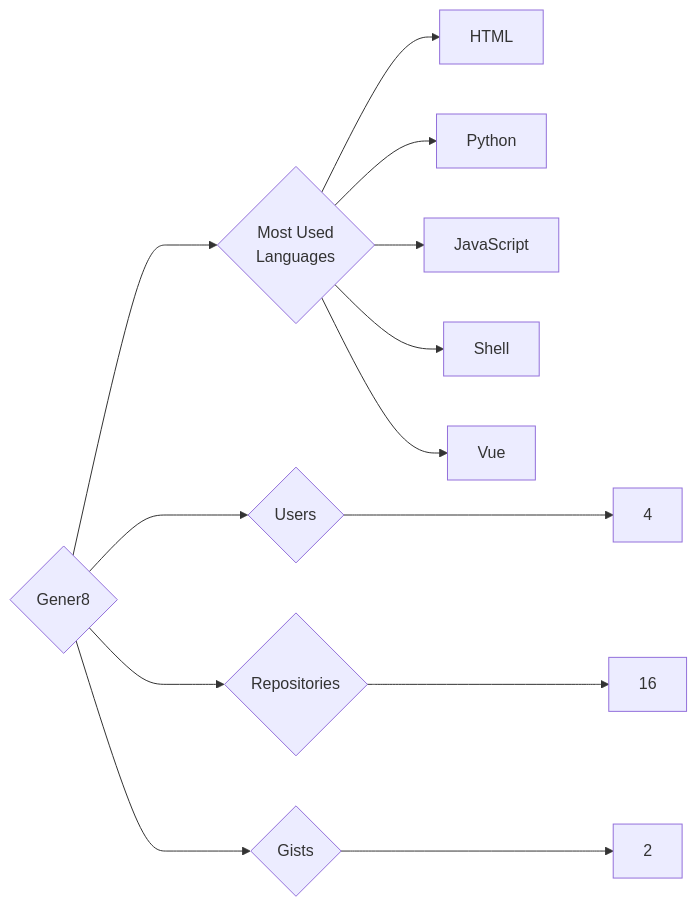
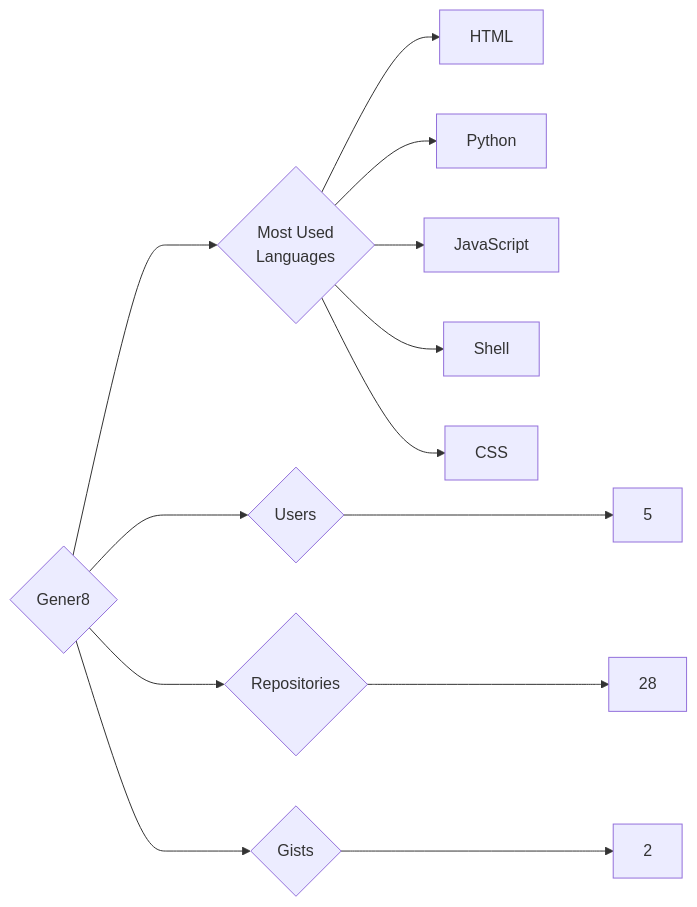
One commit to trickest/insiders changed the diagram in targets/Gener8/README.md. Above: the diagram before and after it, drawn with Mermaid. The commit also changed 1055 other files, not shown here.

````diff
--- a/targets/Gener8/README.md
+++ b/targets/Gener8/README.md
@@ -3,13 +3,13 @@
 ```mermaid
 graph LR
 COMPANY_NAME{Gener8}
-COMPANY_NAME ---> U{Users} ---> UN[4]
-COMPANY_NAME ---> R{Repositories} ---> RN[16]
+COMPANY_NAME ---> U{Users} ---> UN[5]
+COMPANY_NAME ---> R{Repositories} ---> RN[28]
 COMPANY_NAME ---> G{Gists} ---> GN[2]
 COMPANY_NAME ---> ML{Most Used<br>Languages}
 ML --> HTML[HTML]
 ML --> Python[Python]
 ML --> JavaScript[JavaScript]
 ML --> Shell[Shell]
-ML --> Vue[Vue]
+ML --> CSS[CSS]
 ```
````
